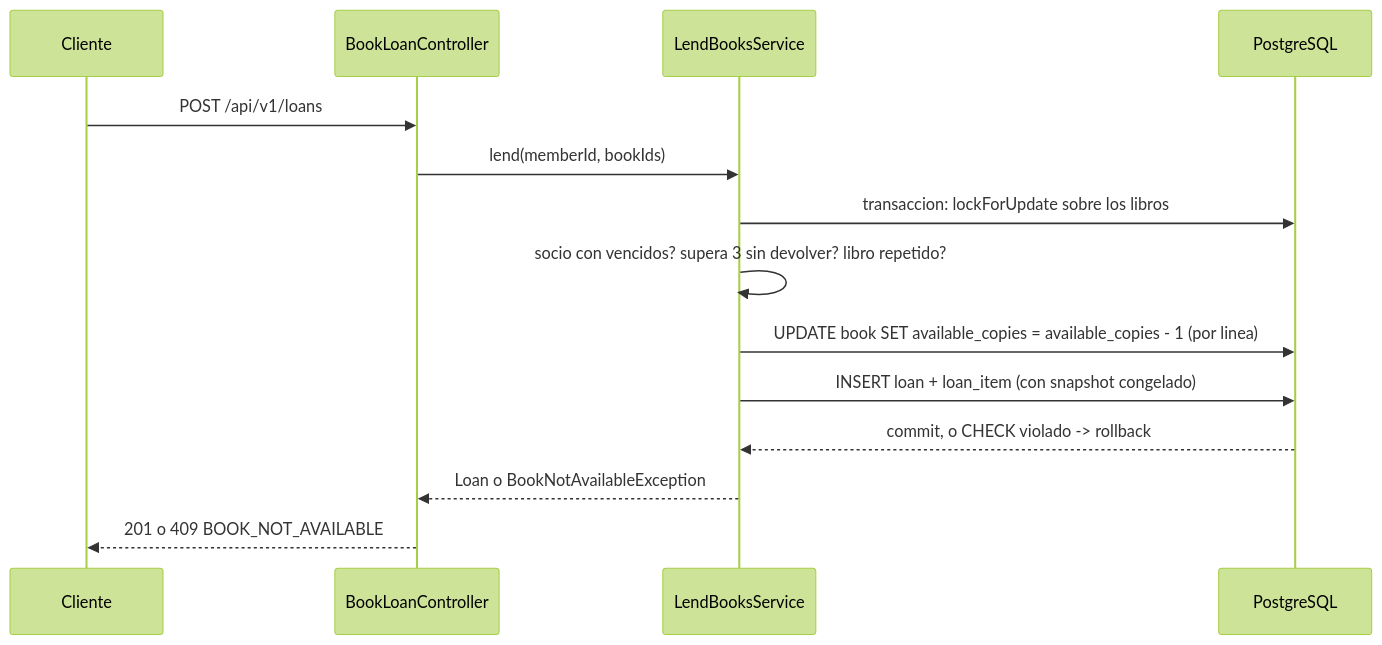
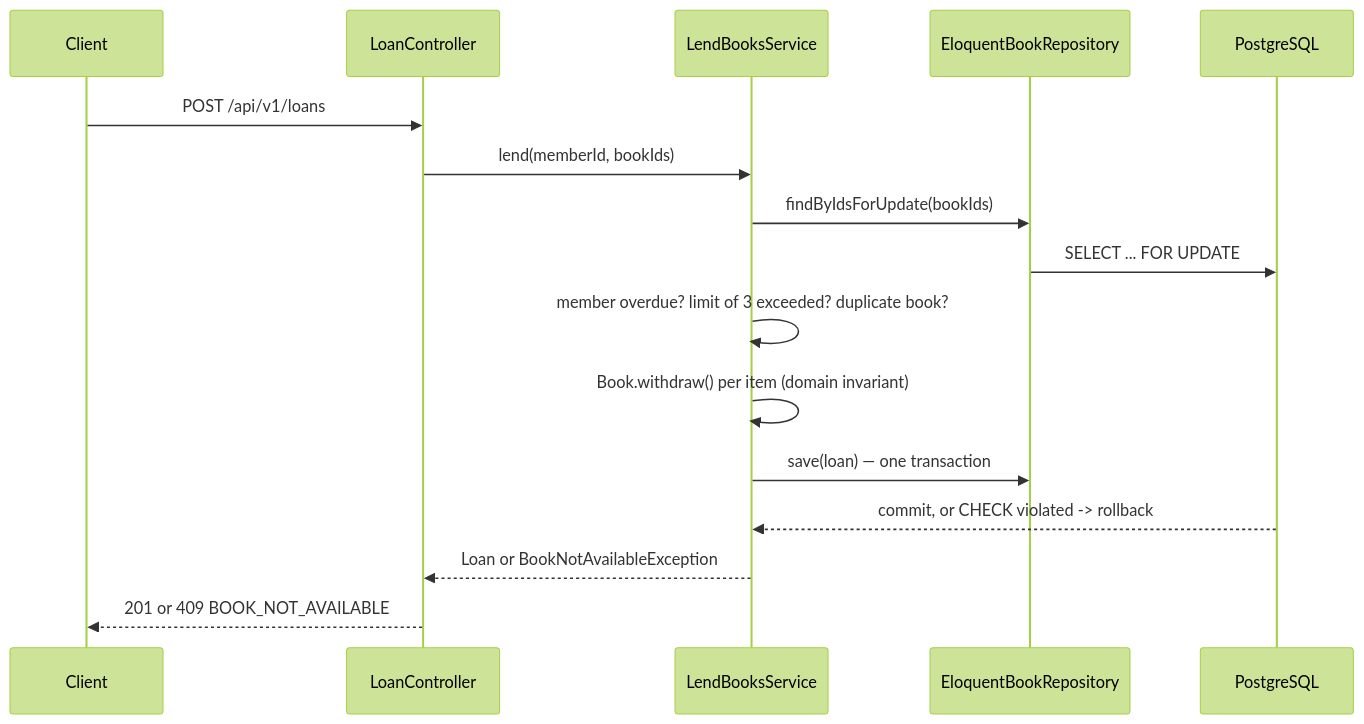
The second of 2 diagrams in spec-php/architecture.md (thiagxrg/test-manager-library-3145556-docs), drawn with Mermaid (forest theme) before and after one commit. The commit also changed other lines of this file and 15 other files, not shown here.

First line of the commit message:
docs(spec-php): translate to English, strict hexagonal architecture

````diff
--- a/spec-php/architecture.md
+++ b/spec-php/architecture.md
@@ -59,16 +75,18 @@
 ```mermaid
 sequenceDiagram
-    participant C as Cliente
-    participant H as BookLoanController
+    participant C as Client
+    participant H as LoanController
     participant S as LendBooksService
+    participant R as EloquentBookRepository
     participant DB as PostgreSQL
     C->>H: POST /api/v1/loans
     H->>S: lend(memberId, bookIds)
-    S->>DB: transaccion: lockForUpdate sobre los libros
-    S->>S: socio con vencidos? supera 3 sin devolver? libro repetido?
-    S->>DB: UPDATE book SET available_copies = available_copies - 1 (por linea)
-    S->>DB: INSERT loan + loan_item (con snapshot congelado)
-    DB-->>S: commit, o CHECK violado -> rollback
-    S-->>H: Loan o BookNotAvailableException
-    H-->>C: 201 o 409 BOOK_NOT_AVAILABLE
+    S->>R: findByIdsForUpdate(bookIds)
+    R->>DB: SELECT ... FOR UPDATE
+    S->>S: member overdue? limit of 3 exceeded? duplicate book?
+    S->>S: Book.withdraw() per item (domain invariant)
+    S->>R: save(loan) — one transaction
+    DB-->>S: commit, or CHECK violated -> rollback
+    S-->>H: Loan or BookNotAvailableException
+    H-->>C: 201 or 409 BOOK_NOT_AVAILABLE
 ```
````
